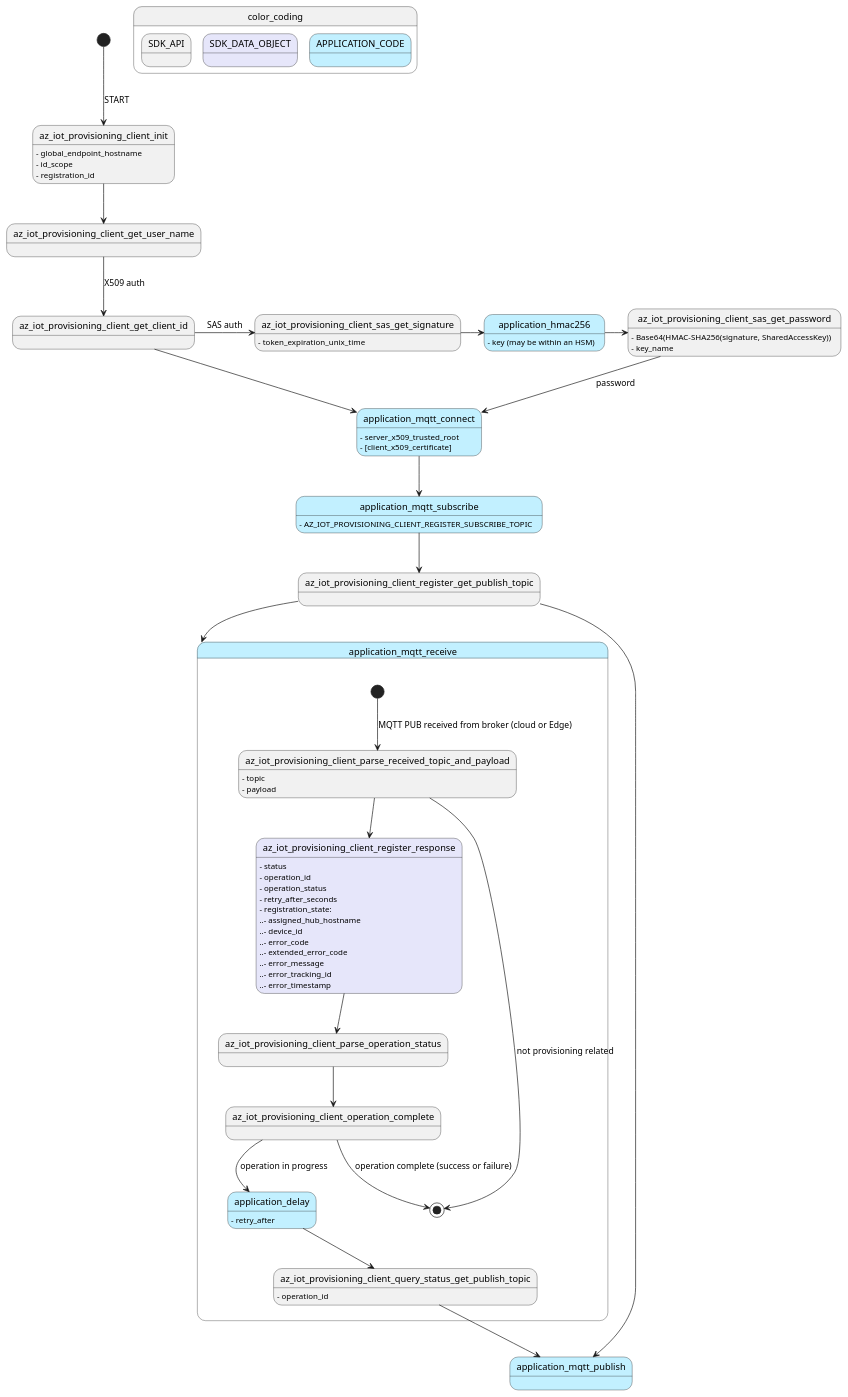
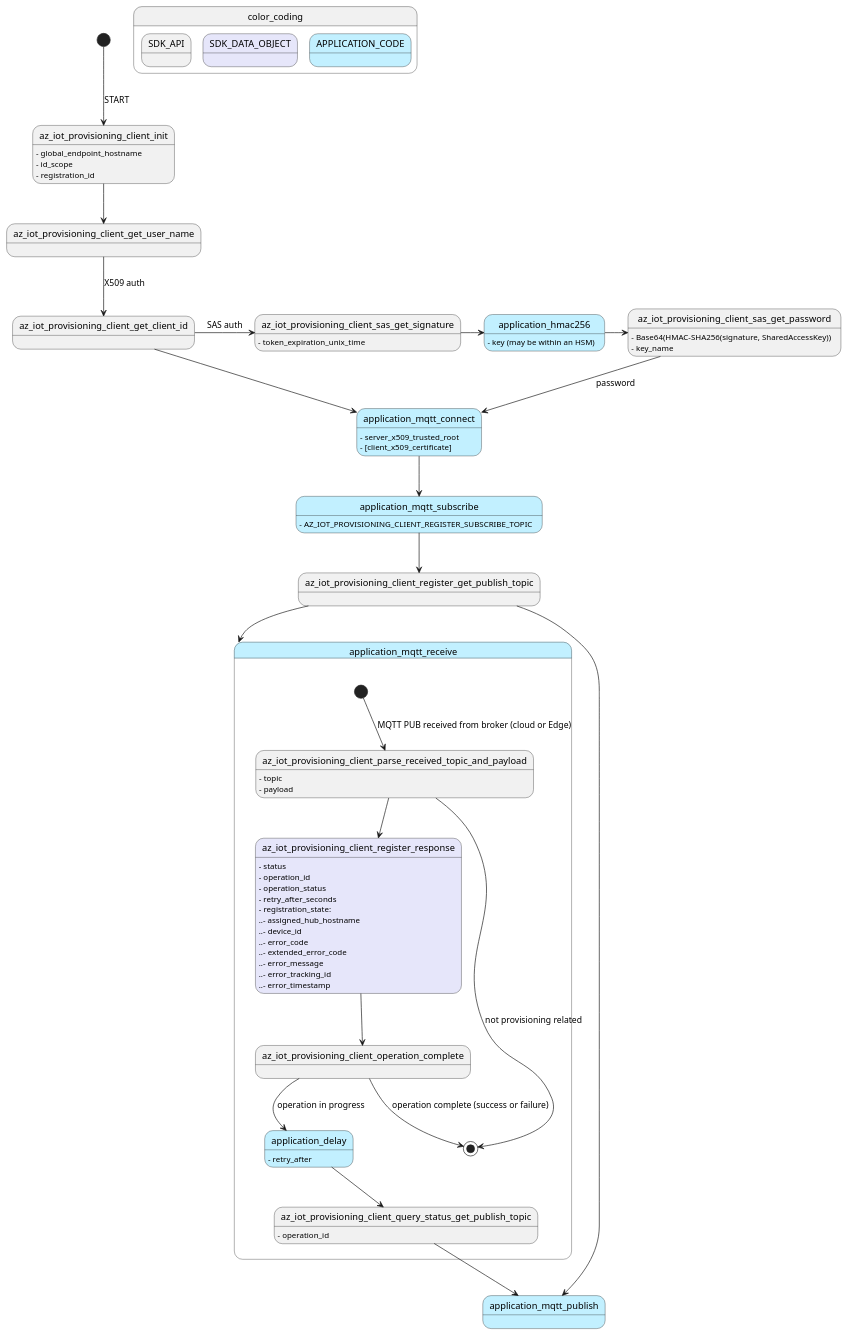
Before and after one commit to Embedbits/Middlewares-NetXDuo: the diagram in NetXDuo/addons/azure_iot/azure-sdk-for-c/sdk/docs/iot/resources/iot_provisioning_flow.puml, drawn with PlantUML. The commit also changed 352 other files, not shown here.

```diff
--- a/NetXDuo/addons/azure_iot/azure-sdk-for-c/sdk/docs/iot/resources/iot_provisioning_flow.puml
+++ b/NetXDuo/addons/azure_iot/azure-sdk-for-c/sdk/docs/iot/resources/iot_provisioning_flow.puml
@@ -1,92 +1,91 @@
 @startuml
 
 skinparam state {
     BackgroundColor<<APP>> APPLICATION
     BackgroundColor<<STRUCT>> Lavender
 }
 
 state color_coding {
     state SDK_API
     state SDK_DATA_OBJECT <<STRUCT>>
     state APPLICATION_CODE <<APP>>
 }
 
 ' Init
 [*] --> az_iot_provisioning_client_init: START
 az_iot_provisioning_client_init --> az_iot_provisioning_client_get_user_name
 az_iot_provisioning_client_get_user_name --> az_iot_provisioning_client_get_client_id : X509 auth
 state application_mqtt_connect <<APP>>
 az_iot_provisioning_client_get_client_id --> application_mqtt_connect
 
 ' Optional SAS token generation:
 az_iot_provisioning_client_get_client_id -> az_iot_provisioning_client_sas_get_signature : SAS auth
 az_iot_provisioning_client_sas_get_signature -> application_hmac256
 application_hmac256 -> az_iot_provisioning_client_sas_get_password
 az_iot_provisioning_client_sas_get_password --> application_mqtt_connect : password
 state application_hmac256 <<APP>>
 
 ' Subscribe
 application_mqtt_connect --> application_mqtt_subscribe
 state application_mqtt_subscribe <<APP>>
 'application_mqtt_subscribe --> application_mqtt_receive : MQTT lib subscribed
 
 ' Register
 application_mqtt_subscribe --> az_iot_provisioning_client_register_get_publish_topic
 az_iot_provisioning_client_register_get_publish_topic --> application_mqtt_publish
 az_iot_provisioning_client_register_get_publish_topic --> application_mqtt_receive
 state application_mqtt_publish <<APP>>
 
 state application_mqtt_receive <<APP>> {
 ' MQTT PUB received
     [*] --> az_iot_provisioning_client_parse_received_topic_and_payload: MQTT PUB received from broker (cloud or Edge)
     az_iot_provisioning_client_parse_received_topic_and_payload --> az_iot_provisioning_client_register_response
     az_iot_provisioning_client_parse_received_topic_and_payload --> [*] : not provisioning related
 
-    az_iot_provisioning_client_register_response --> az_iot_provisioning_client_parse_operation_status
+    az_iot_provisioning_client_register_response --> az_iot_provisioning_client_operation_complete
 
-    az_iot_provisioning_client_parse_operation_status --> az_iot_provisioning_client_operation_complete
     az_iot_provisioning_client_operation_complete --> [*] : operation complete (success or failure)
     az_iot_provisioning_client_operation_complete --> application_delay : operation in progress
     state application_delay <<APP>>
     application_delay --> az_iot_provisioning_client_query_status_get_publish_topic
     az_iot_provisioning_client_query_status_get_publish_topic --> application_mqtt_publish
 }
 
 ' Provisioning client:
 az_iot_provisioning_client_init : - global_endpoint_hostname
 az_iot_provisioning_client_init : - id_scope
 az_iot_provisioning_client_init : - registration_id
 
 ' SAS Tokens
 az_iot_provisioning_client_sas_get_signature : - token_expiration_unix_time
 
 az_iot_provisioning_client_parse_received_topic_and_payload : - topic
 az_iot_provisioning_client_parse_received_topic_and_payload : - payload
 
 state az_iot_provisioning_client_register_response <<STRUCT>>
 az_iot_provisioning_client_register_response : - status
 az_iot_provisioning_client_register_response : - operation_id
 az_iot_provisioning_client_register_response : - operation_status
 az_iot_provisioning_client_register_response : - retry_after_seconds
 az_iot_provisioning_client_register_response : - registration_state:
 az_iot_provisioning_client_register_response : ..- assigned_hub_hostname
 az_iot_provisioning_client_register_response : ..- device_id
 az_iot_provisioning_client_register_response : ..- error_code
 az_iot_provisioning_client_register_response : ..- extended_error_code
 az_iot_provisioning_client_register_response : ..- error_message
 az_iot_provisioning_client_register_response : ..- error_tracking_id
 az_iot_provisioning_client_register_response : ..- error_timestamp
 
 az_iot_provisioning_client_sas_get_password: - Base64(HMAC-SHA256(signature, SharedAccessKey))
 az_iot_provisioning_client_sas_get_password: - key_name
 
 az_iot_provisioning_client_query_status_get_publish_topic : - operation_id
 
 ' Application interfaces
 application_mqtt_connect : - server_x509_trusted_root
 application_mqtt_connect : - [client_x509_certificate]
 application_mqtt_subscribe: - AZ_IOT_PROVISIONING_CLIENT_REGISTER_SUBSCRIBE_TOPIC
 application_delay : - retry_after
 application_hmac256 : - key (may be within an HSM)
 
 @enduml
```
